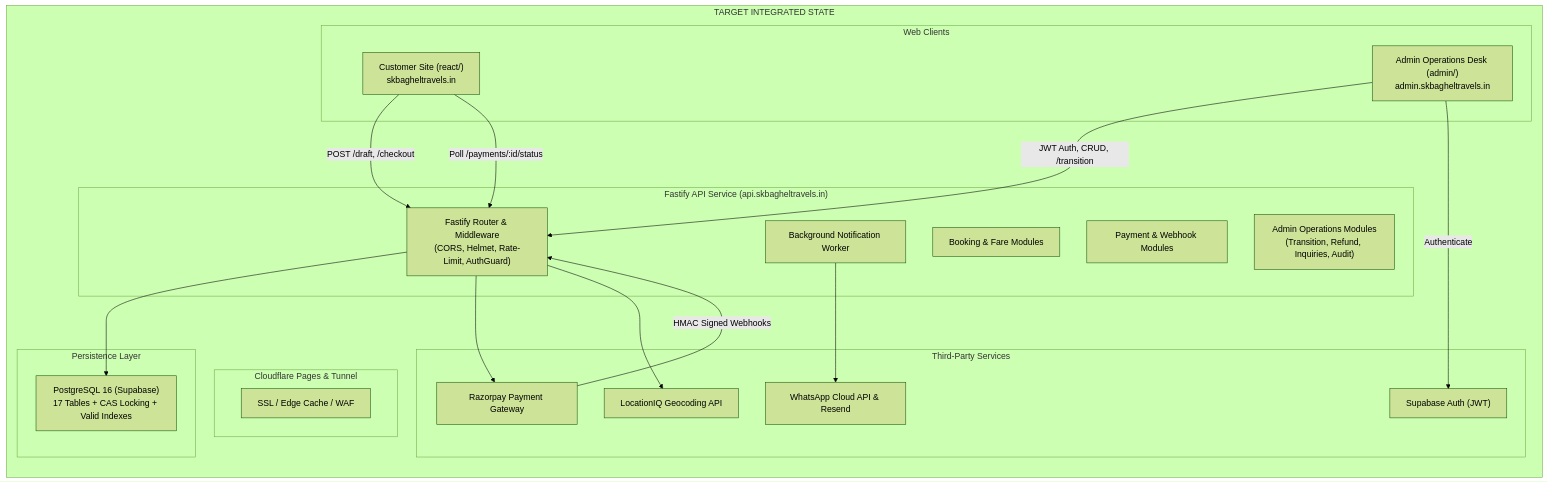
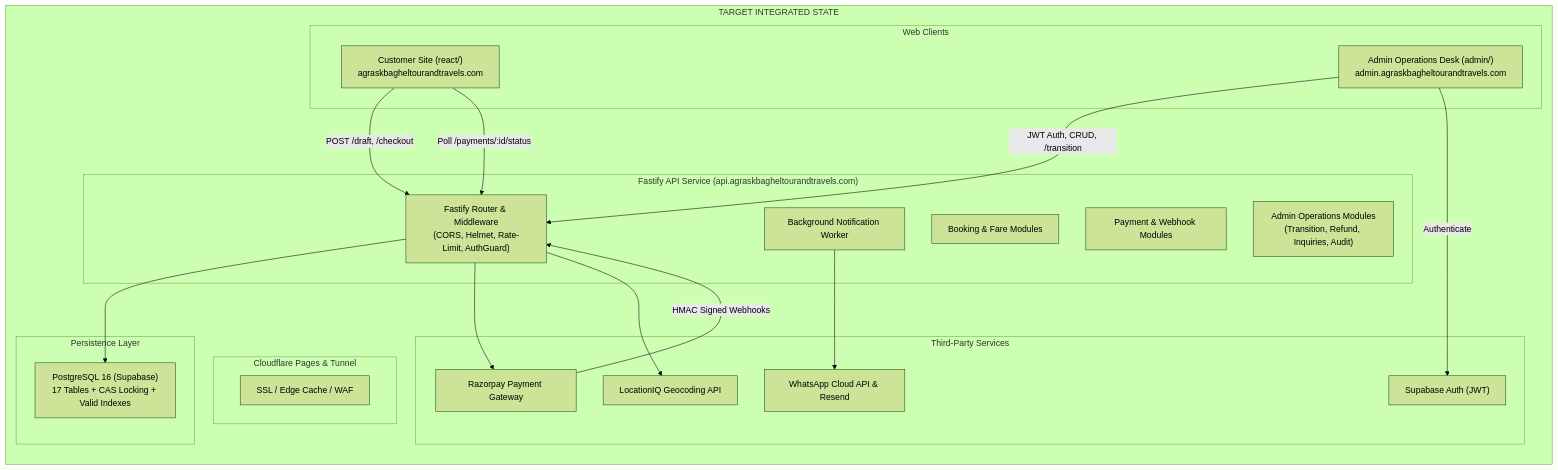
One commit to tarun1sisodia/ArenaAI changed the second of 2 diagrams in AUDIT_REPORT.md. Above: the diagram before and after it, drawn with Mermaid (forest theme). The commit also changed other lines of this file and 57 other files, not shown here.

````diff
--- a/AUDIT_REPORT.md
+++ b/AUDIT_REPORT.md
@@ -97,43 +97,43 @@
 ```mermaid
 flowchart TB
     subgraph Target_Architecture ["TARGET INTEGRATED STATE"]
         direction TB
         subgraph Browsers ["Web Clients"]
-            C_APP["Customer Site (react/)<br/>skbagheltravels.in"]
-            A_APP["Admin Operations Desk (admin/)<br/>admin.skbagheltravels.in"]
+            C_APP["Customer Site (react/)<br/>agraskbagheltourandtravels.com"]
+            A_APP["Admin Operations Desk (admin/)<br/>admin.agraskbagheltourandtravels.com"]
         end
 
         subgraph Edge_Cloudflare ["Cloudflare Pages & Tunnel"]
             CF_EDGE["SSL / Edge Cache / WAF"]
         end
 
-        subgraph Server ["Fastify API Service (api.skbagheltravels.in)"]
+        subgraph Server ["Fastify API Service (api.agraskbagheltourandtravels.com)"]
             FASTIFY["Fastify Router & Middleware<br/>(CORS, Helmet, Rate-Limit, AuthGuard)"]
             BOOKING_MOD["Booking & Fare Modules"]
             PAYMENT_MOD["Payment & Webhook Modules"]
             OPS_MOD["Admin Operations Modules<br/>(Transition, Refund, Inquiries, Audit)"]
             NOTIF_WORKER["Background Notification Worker"]
         end
 
         subgraph External ["Third-Party Services"]
             RZP["Razorpay Payment Gateway"]
             LOC["LocationIQ Geocoding API"]
             WABA["WhatsApp Cloud API & Resend"]
             SUPA_AUTH["Supabase Auth (JWT)"]
         end
 
         subgraph Data ["Persistence Layer"]
             PG["PostgreSQL 16 (Supabase)<br/>17 Tables + CAS Locking + Valid Indexes"]
         end
 
         C_APP -->|POST /draft, /checkout| FASTIFY
         C_APP -->|Poll /payments/:id/status| FASTIFY
         A_APP -->|JWT Auth, CRUD, /transition| FASTIFY
         A_APP -->|Authenticate| SUPA_AUTH
         FASTIFY --> PG
         FASTIFY --> RZP
         FASTIFY --> LOC
         NOTIF_WORKER --> WABA
         RZP -->|HMAC Signed Webhooks| FASTIFY
     end
 ```
````
